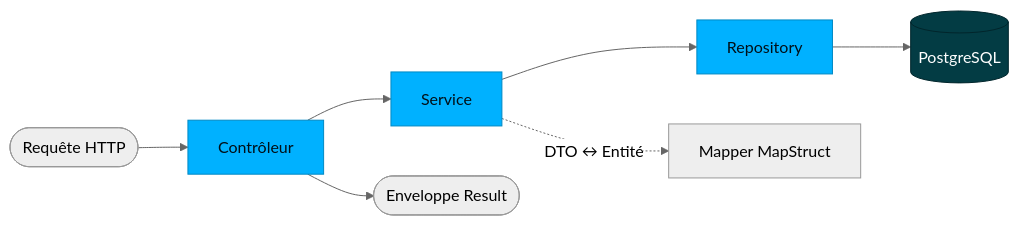
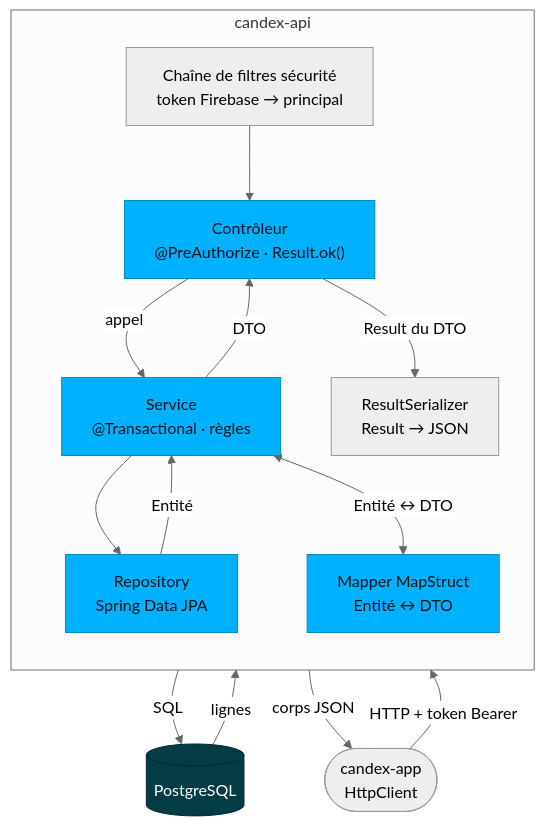
One commit to RusterX16/candex-handbook changed the first of 2 diagrams in src/content/docs/fr/back-end.md. Above: the diagram before and after it, drawn with Mermaid (neutral theme). The commit also changed other lines of this file and 96 other files, not shown here.

First line of the commit message:
docs: diagrams, code snippets, PDF cover and site icon (v0.23.0)

````diff
--- a/src/content/docs/fr/back-end.md
+++ b/src/content/docs/fr/back-end.md
@@ -12,14 +12,24 @@
 ```mermaid
-flowchart LR
-  req([Requête HTTP]) --> ctrl["Contrôleur"]
-  ctrl --> svc["Service"]
-  svc --> repo["Repository"]
-  repo --> pg[("PostgreSQL")]
-  svc -. "DTO ↔ Entité" .-> map["Mapper MapStruct"]
-  ctrl --> res([Enveloppe Result])
+flowchart TB
+  app(["candex-app<br/>HttpClient"])
+  subgraph api["candex-api"]
+    direction TB
+    sec["Chaîne de filtres sécurité<br/>token Firebase → principal"]
+    ctrl["Contrôleur<br/>@PreAuthorize · Result.ok()"]
+    svc["Service<br/>@Transactional · règles"]
+    map["Mapper MapStruct<br/>Entité ↔ DTO"]
+    repo["Repository<br/>Spring Data JPA"]
+    ser["ResultSerializer<br/>Result → JSON"]
+  end
+  pg[("PostgreSQL")]
+
+  app -->|"HTTP + token Bearer"| sec --> ctrl -->|"appel"| svc --> repo -->|"SQL"| pg
+  pg -->|"lignes"| repo -->|"Entité"| svc
+  svc <-->|"Entité ↔ DTO"| map
+  svc -->|"DTO"| ctrl -->|"Result du DTO"| ser -->|"corps JSON"| app
 
   classDef svc fill:#00B1FF,stroke:#0089c4,color:#001018;
   classDef store fill:#033C44,stroke:#02262c,color:#ffffff;
-  class ctrl,svc,repo svc
+  class ctrl,svc,repo,map svc
   class pg store
 ```
````
